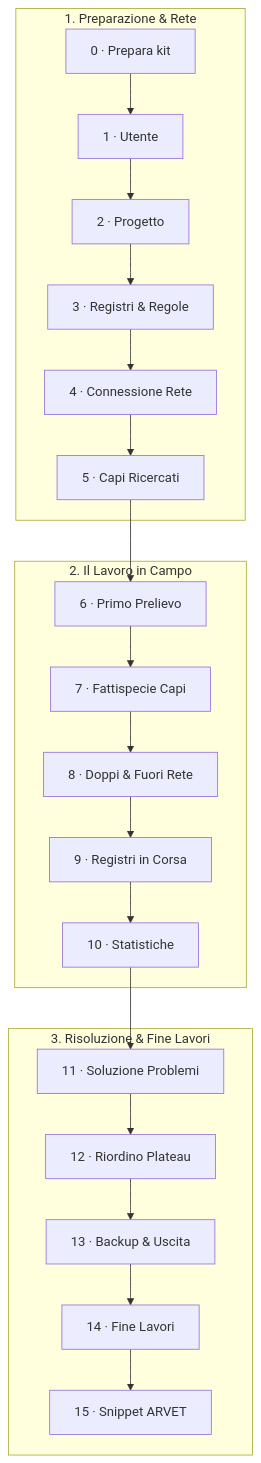
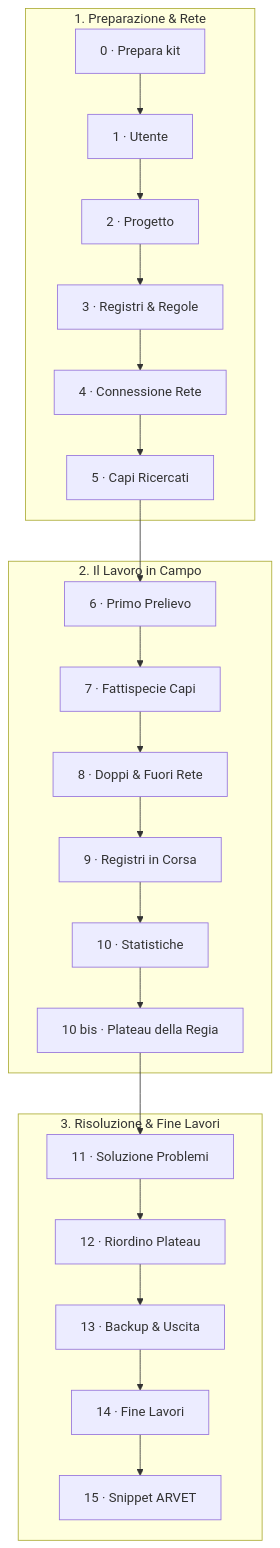
The diagram in docs/tutorial/index.md (uvesco/fejalog-sito), drawn with Mermaid before and after one commit. The commit also changed other lines of this file and 44 other files, not shown here.

````diff
--- a/docs/tutorial/index.md
+++ b/docs/tutorial/index.md
@@ -16,24 +16,25 @@
 ```mermaid
 flowchart TD
     subgraph Preparazione ["1. Preparazione & Rete"]
         L0["0 · Prepara kit"] --> L1["1 · Utente"]
         L1 --> L2["2 · Progetto"]
         L2 --> L3["3 · Registri & Regole"]
         L3 --> L4["4 · Connessione Rete"]
         L4 --> L5["5 · Capi Ricercati"]
     end
     subgraph Campo ["2. Il Lavoro in Campo"]
         L5 --> L6["6 · Primo Prelievo"]
         L6 --> L7["7 · Fattispecie Capi"]
         L7 --> L8["8 · Doppi & Fuori Rete"]
         L8 --> L9["9 · Registri in Corsa"]
         L9 --> L10["10 · Statistiche"]
+        L10 --> L10b["10 bis · Plateau della Regia"]
     end
     subgraph Chiusura ["3. Risoluzione & Fine Lavori"]
-        L10 --> L11["11 · Soluzione Problemi"]
+        L10b --> L11["11 · Soluzione Problemi"]
         L11 --> L12["12 · Riordino Plateau"]
         L12 --> L13["13 · Backup & Uscita"]
         L13 --> L14["14 · Fine Lavori"]
         L14 --> L15["15 · Snippet ARVET"]
     end
 ```
````
